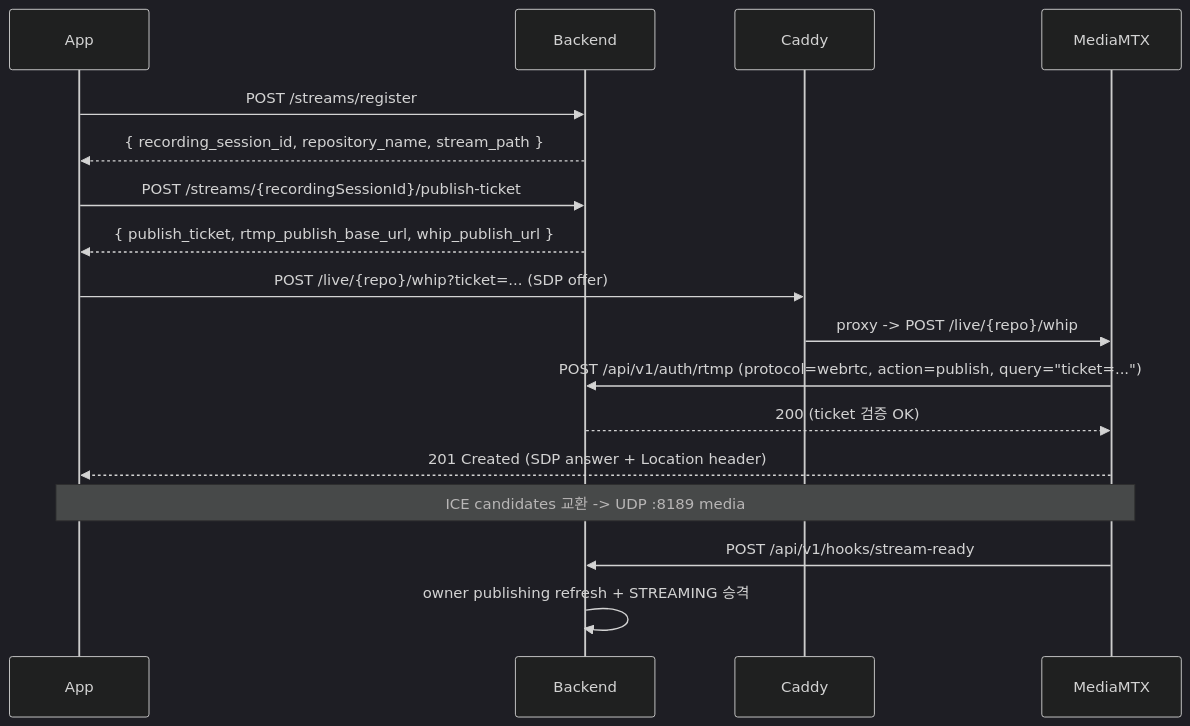
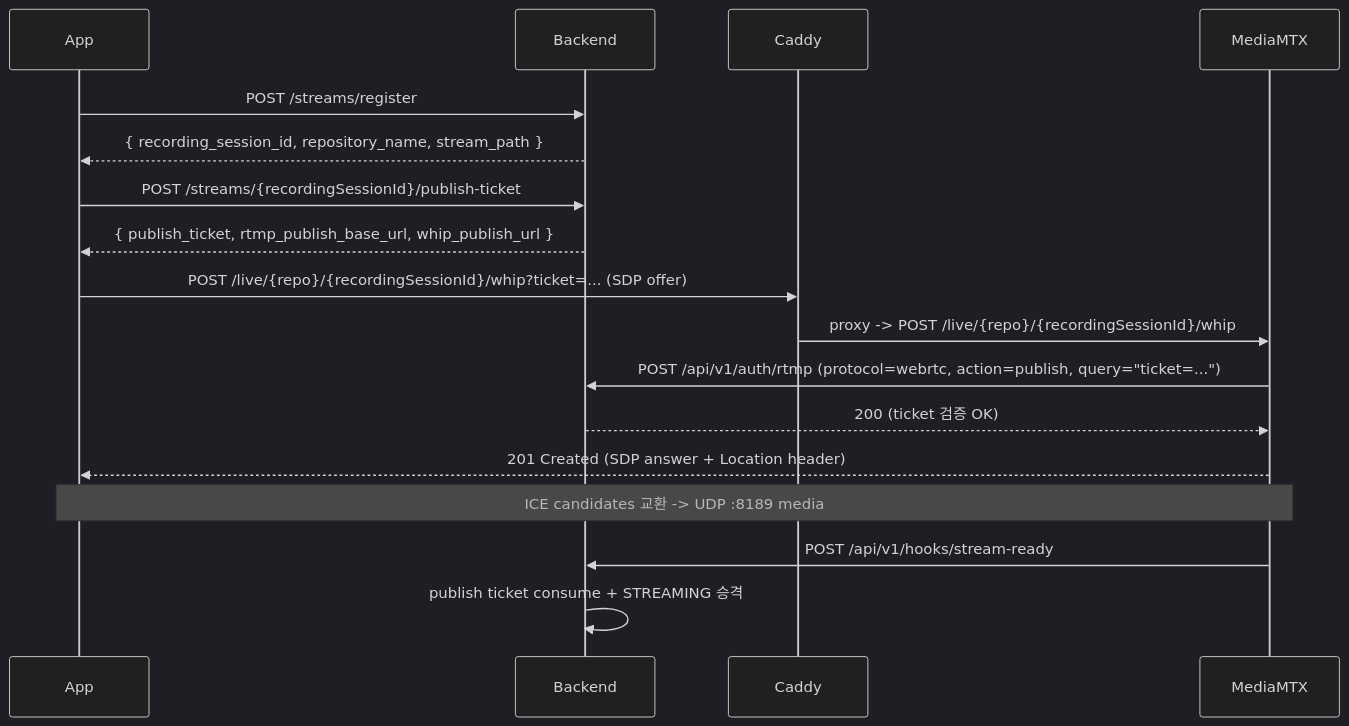
The second of 3 diagrams in docs/13. http_streaming.md (ego-flow/ego-flow-server), drawn with Mermaid (dark theme) before and after one commit. The commit also changed other lines of this file and 28 other files, not shown here.

Commit message:
[Backend] Publish ticket 구조 단순화

````diff
--- a/docs/13. http_streaming.md
+++ b/docs/13. http_streaming.md
@@ -55,20 +55,20 @@
 ```mermaid
 sequenceDiagram
     participant App
     participant BE as Backend
     participant Caddy
     participant MTX as MediaMTX
 
     App->>BE: POST /streams/register
     BE-->>App: { recording_session_id, repository_name, stream_path }
     App->>BE: POST /streams/{recordingSessionId}/publish-ticket
     BE-->>App: { publish_ticket, rtmp_publish_base_url, whip_publish_url }
-    App->>Caddy: POST /live/{repo}/whip?ticket=... (SDP offer)
-    Caddy->>MTX: proxy -> POST /live/{repo}/whip
+    App->>Caddy: POST /live/{repo}/{recordingSessionId}/whip?ticket=... (SDP offer)
+    Caddy->>MTX: proxy -> POST /live/{repo}/{recordingSessionId}/whip
     MTX->>BE: POST /api/v1/auth/rtmp (protocol=webrtc, action=publish, query="ticket=...")
     BE-->>MTX: 200 (ticket 검증 OK)
     MTX-->>App: 201 Created (SDP answer + Location header)
     Note over App,MTX: ICE candidates 교환 -> UDP :8189 media
     MTX->>BE: POST /api/v1/hooks/stream-ready
-    BE->>BE: owner publishing refresh + STREAMING 승격
+    BE->>BE: publish ticket consume + STREAMING 승격
 ```
````
